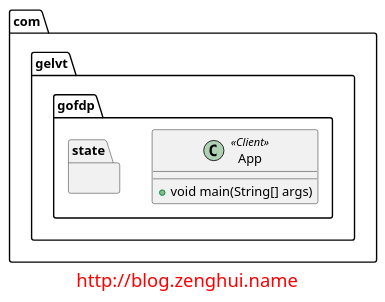
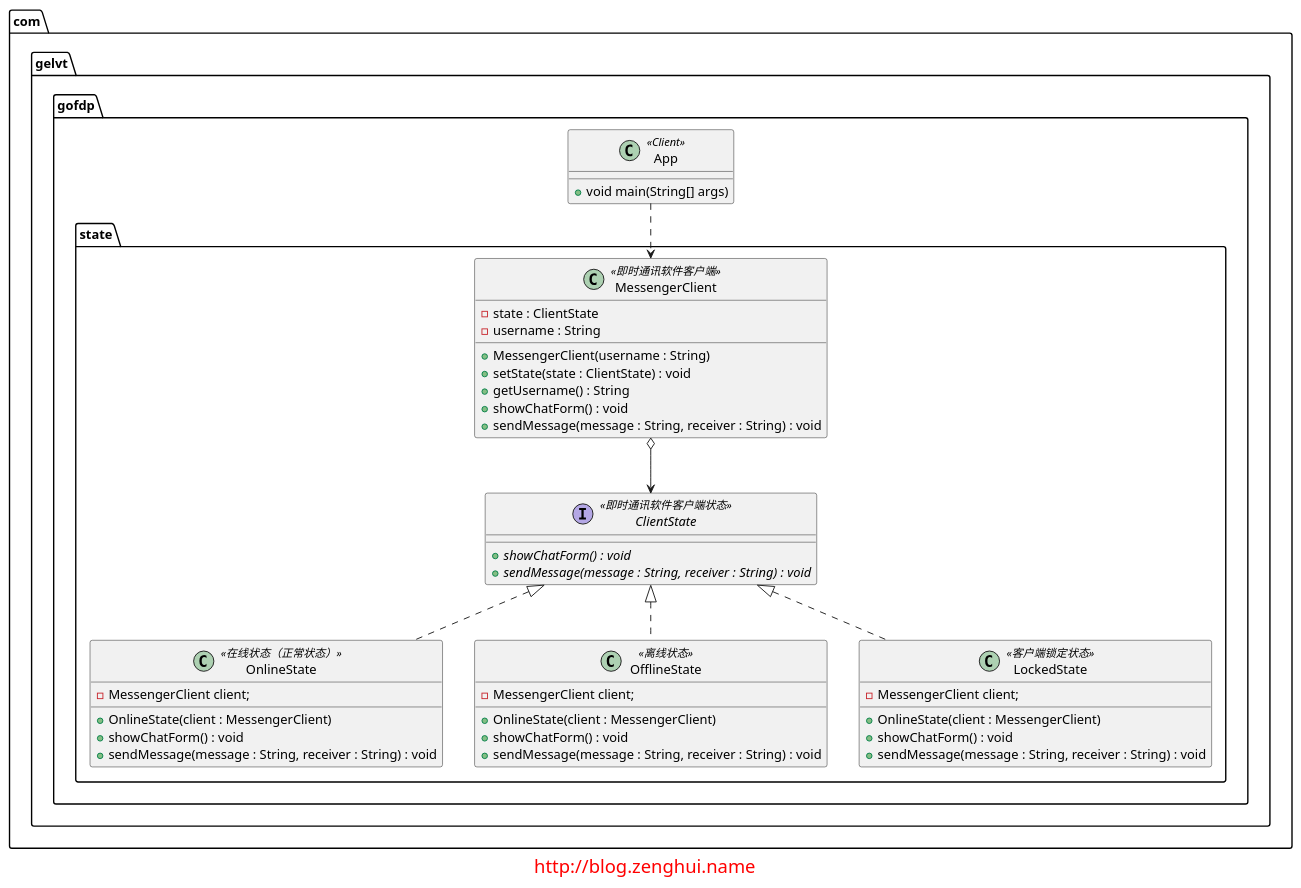
One commit to elvinzeng/java-design-pattern-samples changed the diagram in state/diagrams/state.puml. Above: the diagram before and after it, drawn with PlantUML. The commit also changed 1 other file, not shown here.

Commit message:
绘制好状态模式例子类图

```diff
--- a/state/diagrams/state.puml
+++ b/state/diagrams/state.puml
@@ -1,23 +1,61 @@
 @startuml
 
 package com.gelvt.gofdp.state{
 
+    interface ClientState<<即时通讯软件客户端状态>> {
+        + {abstract} showChatForm() : void
+        + {abstract} sendMessage(message : String, receiver : String) : void
+    }
 
+    class MessengerClient <<即时通讯软件客户端>> {
+        - state : ClientState
+        - username : String
+        + MessengerClient(username : String)
+        + setState(state : ClientState) : void
+        + getUsername() : String
+        + showChatForm() : void
+        + sendMessage(message : String, receiver : String) : void
+    }
 
+    class OnlineState <<在线状态（正常状态）>> {
+        - MessengerClient client;
+        + OnlineState(client : MessengerClient)
+        + showChatForm() : void
+        + sendMessage(message : String, receiver : String) : void
+    }
+
+    class OfflineState <<离线状态>> {
+        - MessengerClient client;
+        + OnlineState(client : MessengerClient)
+        + showChatForm() : void
+        + sendMessage(message : String, receiver : String) : void
+    }
+
+    class LockedState <<客户端锁定状态>> {
+        - MessengerClient client;
+        + OnlineState(client : MessengerClient)
+        + showChatForm() : void
+        + sendMessage(message : String, receiver : String) : void
+    }
+
+    MessengerClient o--> ClientState
+    ClientState <|.. OnlineState
+    ClientState <|.. OfflineState
+    ClientState <|.. LockedState
 
 }
 
 package com.gelvt.gofdp{
     class App <<Client>>{
         + void main(String[] args)
     }
 }
 
-
+App ..> MessengerClient
 
 
 footer
 <font size="20" color="red">http://blog.zenghui.name</font>
 endfooter
 
 @enduml
```
